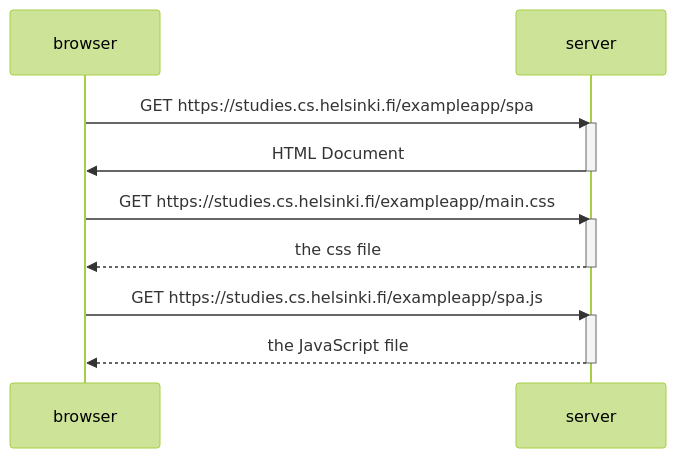
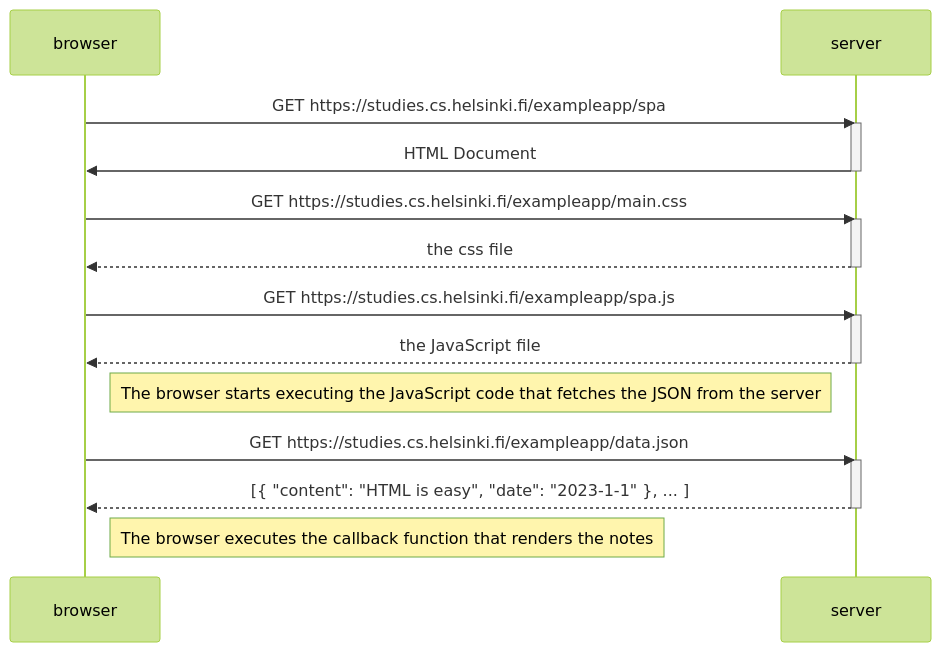
The diagram in exercise5.md (GJoseI/FullStackOpen-Part0), drawn with Mermaid (forest theme) before and after one commit.

Commit message:
ex5 done

````diff
--- a/exercise5.md
+++ b/exercise5.md
@@ -1,21 +1,30 @@
 ```mermaid
 
 sequenceDiagram
     participant browser
     participant server
     
     browser->>server: GET https://studies.cs.helsinki.fi/exampleapp/spa
     activate server
     server->>browser: HTML Document
     deactivate server
     
     browser->>server: GET https://studies.cs.helsinki.fi/exampleapp/main.css
     activate server
     server-->>browser: the css file
     deactivate server
 
     browser->>server: GET https://studies.cs.helsinki.fi/exampleapp/spa.js
     activate server
     server-->>browser: the JavaScript file
     deactivate server
+
+    Note right of browser: The browser starts executing the JavaScript code that fetches the JSON from the server
+
+    browser->>server: GET https://studies.cs.helsinki.fi/exampleapp/data.json
+    activate server
+    server-->>browser: [{ "content": "HTML is easy", "date": "2023-1-1" }, ... ]
+    deactivate server
+
+    Note right of browser: The browser executes the callback function that renders the notes
 ```
````
